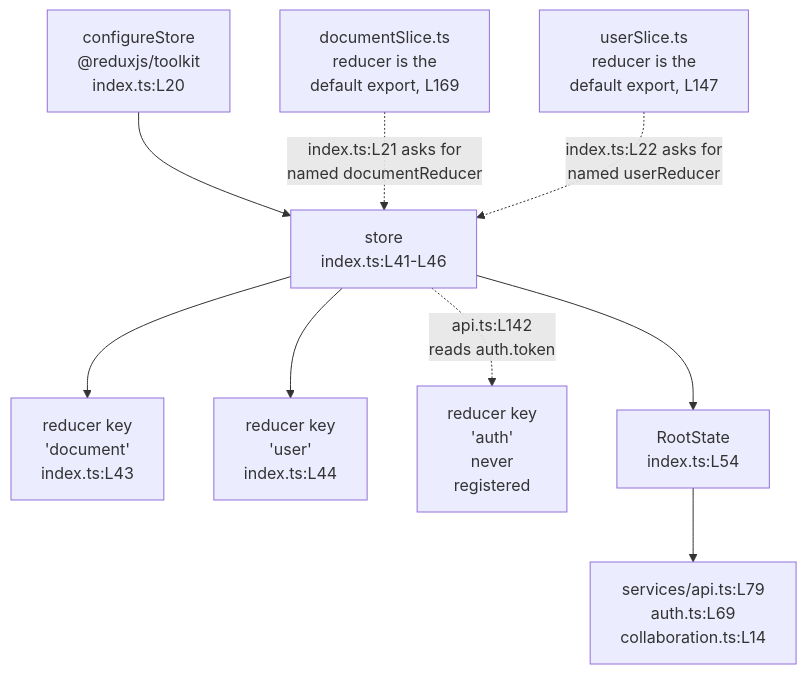
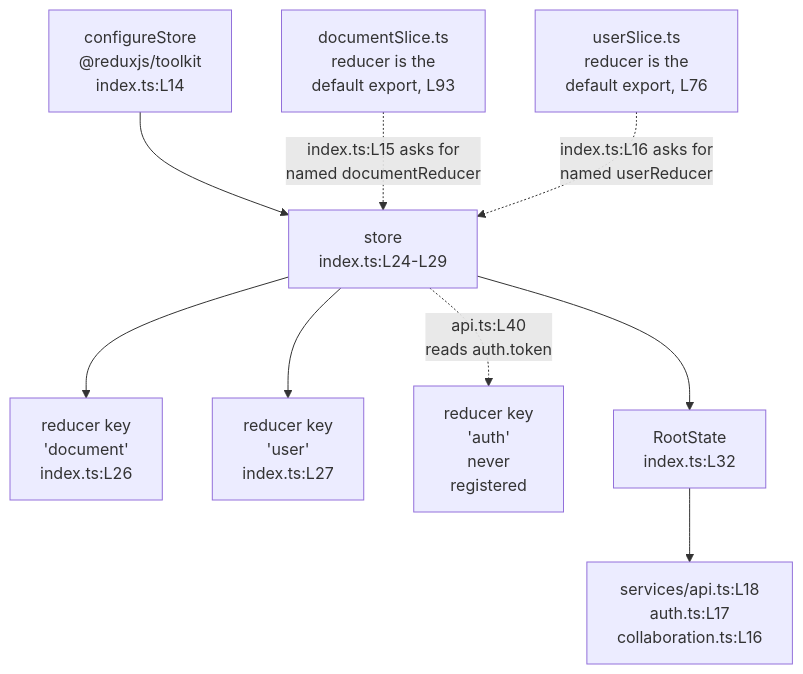
Before and after one commit to blitzy-public-samples/microsoft-word-u33ko0: the diagram in frontend/src/store/README.md, drawn with Mermaid. The commit also changed other lines of this file and 69 other files, not shown here.

````diff
--- a/frontend/src/store/README.md
+++ b/frontend/src/store/README.md
@@ -110,16 +112,16 @@
 ```mermaid
 graph TD
     accTitle: Store composition, the two registered slices and the auth key that is never registered
     accDescr: Dashed edges mark unresolved imports and a reducer key the store never registers. Both slices export their reducer as a default while the store asks for a named export.
-    RTK["configureStore<br/>@reduxjs/toolkit<br/>index.ts:L20"] --> STORE["store<br/>index.ts:L41-L46"]
-    DSLICE["documentSlice.ts<br/>reducer is the<br/>default export, L169"]
-    USLICE["userSlice.ts<br/>reducer is the<br/>default export, L147"]
-    DSLICE -.->|"index.ts:L21 asks for<br/>named documentReducer"| STORE
-    USLICE -.->|"index.ts:L22 asks for<br/>named userReducer"| STORE
-    STORE --> DKEY["reducer key<br/>'document'<br/>index.ts:L43"]
-    STORE --> UKEY["reducer key<br/>'user'<br/>index.ts:L44"]
-    STORE -.->|"api.ts:L142<br/>reads auth.token"| AKEY["reducer key<br/>'auth'<br/>never<br/>registered"]
-    STORE --> RS["RootState<br/>index.ts:L54"]
-    RS --> SVC["services/api.ts:L79<br/>auth.ts:L69<br/>collaboration.ts:L14"]
+    RTK["configureStore<br/>@reduxjs/toolkit<br/>index.ts:L14"] --> STORE["store<br/>index.ts:L24-L29"]
+    DSLICE["documentSlice.ts<br/>reducer is the<br/>default export, L93"]
+    USLICE["userSlice.ts<br/>reducer is the<br/>default export, L76"]
+    DSLICE -.->|"index.ts:L15 asks for<br/>named documentReducer"| STORE
+    USLICE -.->|"index.ts:L16 asks for<br/>named userReducer"| STORE
+    STORE --> DKEY["reducer key<br/>'document'<br/>index.ts:L26"]
+    STORE --> UKEY["reducer key<br/>'user'<br/>index.ts:L27"]
+    STORE -.->|"api.ts:L40<br/>reads auth.token"| AKEY["reducer key<br/>'auth'<br/>never<br/>registered"]
+    STORE --> RS["RootState<br/>index.ts:L32"]
+    RS --> SVC["services/api.ts:L18<br/>auth.ts:L17<br/>collaboration.ts:L16"]
 %% Dashed edges mark unresolved imports and a reducer key the store never registers
 ```
````
